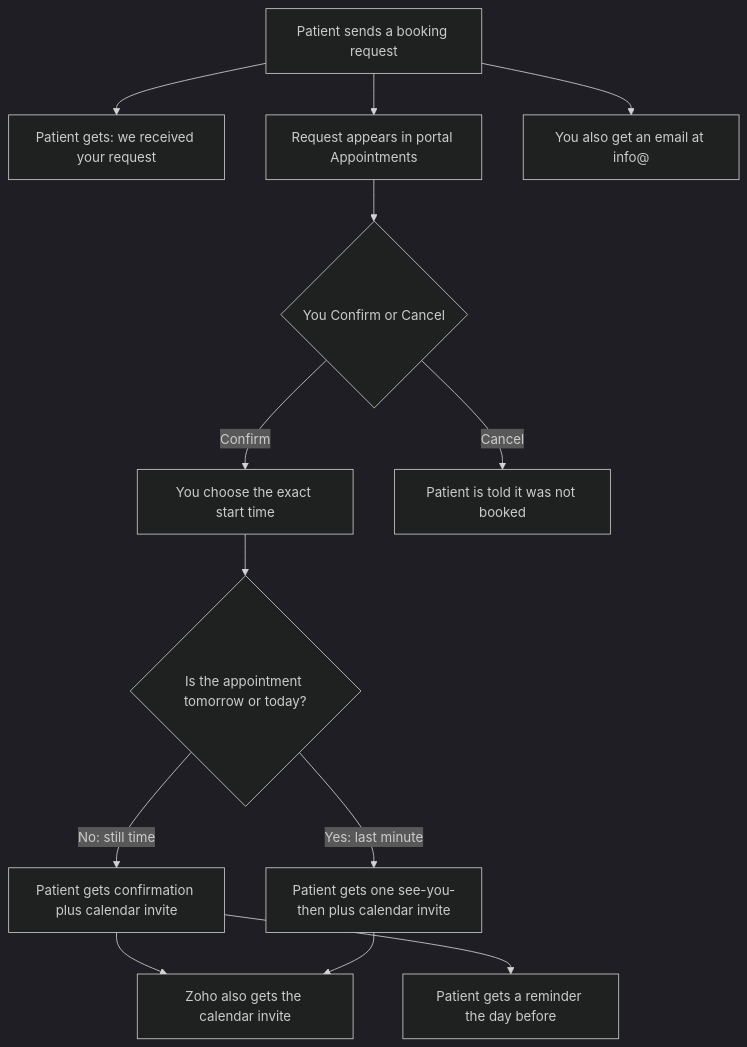
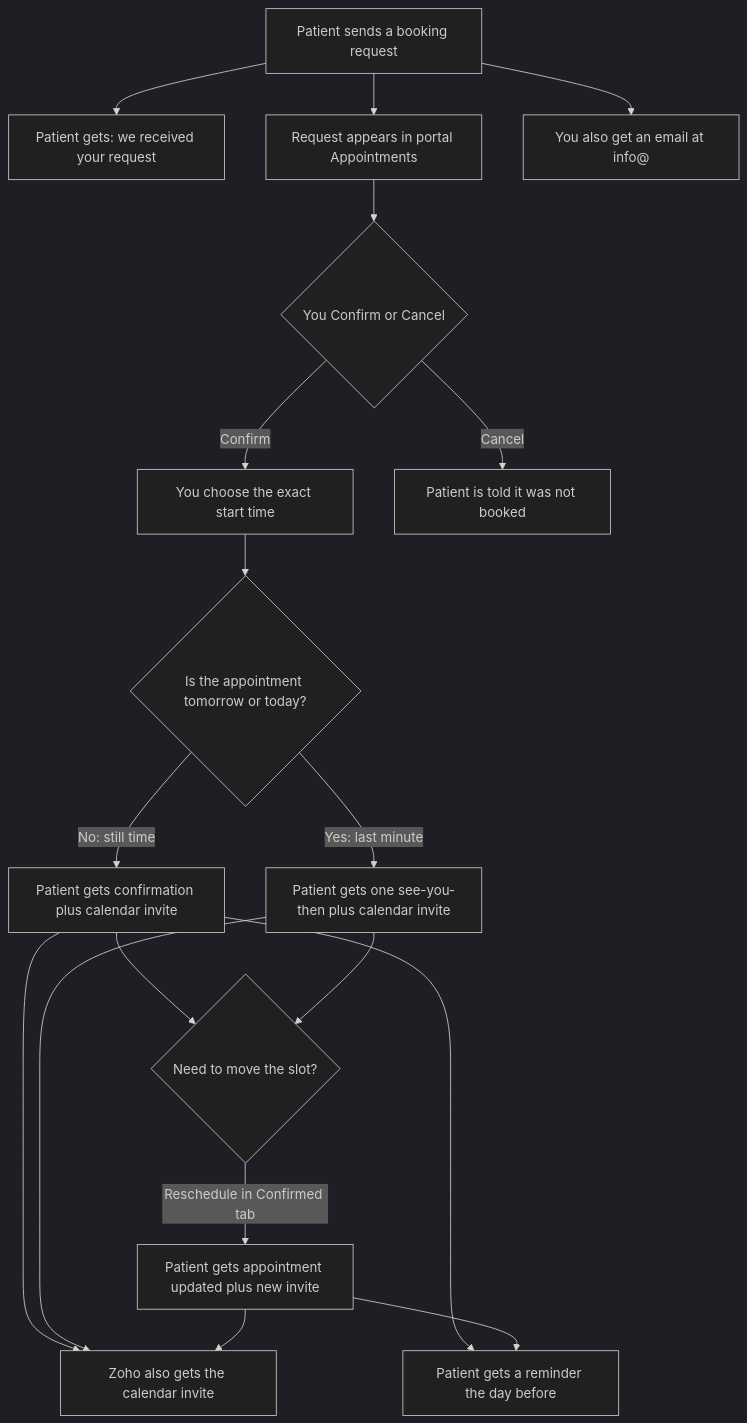
The diagram in docs/OWNER-BOOKINGS.md (hbacalso1229/wellness-needles), drawn with Mermaid (dark theme) before and after one commit. The commit also changed other lines of this file and 24 other files, not shown here.

````diff
--- a/docs/OWNER-BOOKINGS.md
+++ b/docs/OWNER-BOOKINGS.md
@@ -9,25 +9,31 @@
 ```mermaid
 flowchart TD
   request[Patient sends a booking request]
   received[Patient gets: we received your request]
   inbox[Request appears in portal Appointments]
   clinicMail[You also get an email at info@]
   decide{You Confirm or Cancel}
   pickTime[You choose the exact start time]
   tooSoon{Is the appointment tomorrow or today?}
   confirmed[Patient gets confirmation plus calendar invite]
   reminder[Patient gets a reminder the day before]
   seeYou[Patient gets one see-you-then plus calendar invite]
   cancelled[Patient is told it was not booked]
   zoho[Zoho also gets the calendar invite]
+  later{Need to move the slot?}
+  updated[Patient gets appointment updated plus new invite]
 
   request --> received
   request --> inbox
   request --> clinicMail
   inbox --> decide
   decide -->|Confirm| pickTime --> tooSoon
   tooSoon -->|No: still time| confirmed --> zoho
   confirmed --> reminder
   tooSoon -->|Yes: last minute| seeYou --> zoho
+  confirmed --> later
+  seeYou --> later
+  later -->|Reschedule in Confirmed tab| updated --> zoho
+  updated --> reminder
   decide -->|Cancel| cancelled
 ```
````
